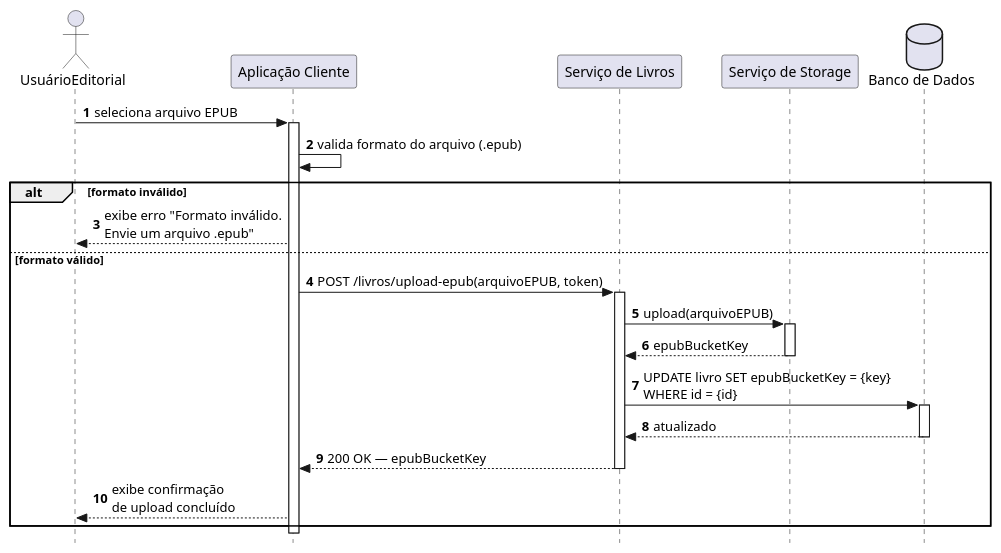
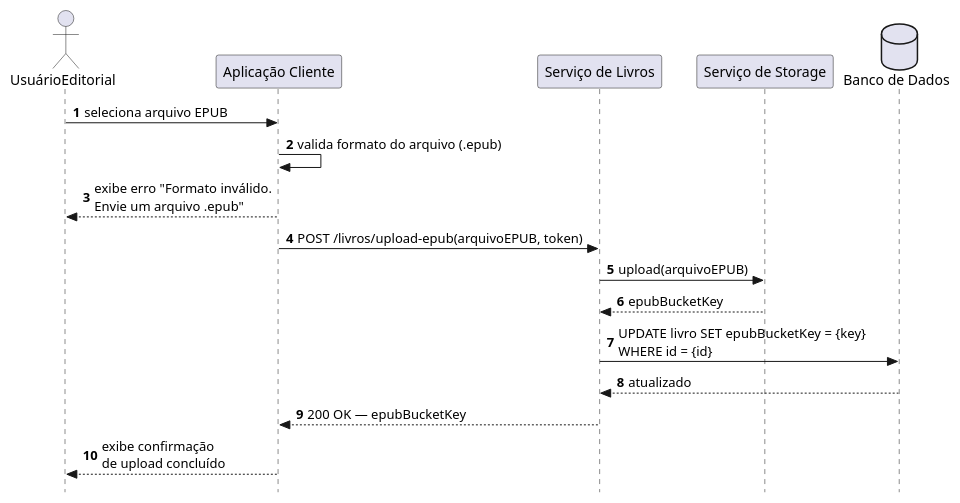
The diagram in docs/codigo-plantuml/diagramas-comunicacao/livros/dc-upload_epub.puml (jalv21/iLib), drawn with PlantUML before and after one commit.

Commit message:
docs/criando diagrama de comunicação para upload de EPUB

```diff
--- a/docs/codigo-plantuml/diagramas-comunicacao/livros/dc-upload_epub.puml
+++ b/docs/codigo-plantuml/diagramas-comunicacao/livros/dc-upload_epub.puml
@@ -1,40 +1,29 @@
-@startuml ds-upload_epub
+@startuml dc-upload_epub
 autonumber
 skinparam style strictuml
 
 actor UsuarioEditorial as "UsuárioEditorial"
 participant Client         as "Aplicação Cliente"
 participant ServiceLivros  as "Serviço de Livros"
 participant StorageService as "Serviço de Storage"
 database    BD             as "Banco de Dados"
 
 UsuarioEditorial -> Client : seleciona arquivo EPUB
-activate Client
 
 Client -> Client : valida formato do arquivo (.epub)
 
-alt formato inválido
-    Client --> UsuarioEditorial : exibe erro "Formato inválido.\nEnvie um arquivo .epub"
-else formato válido
-    Client -> ServiceLivros : POST /livros/upload-epub(arquivoEPUB, token)
-    activate ServiceLivros
+Client --> UsuarioEditorial : exibe erro "Formato inválido.\nEnvie um arquivo .epub"
 
-    ServiceLivros -> StorageService : upload(arquivoEPUB)
-    activate StorageService
-    StorageService --> ServiceLivros : epubBucketKey
-    deactivate StorageService
+Client -> ServiceLivros : POST /livros/upload-epub(arquivoEPUB, token)
 
-    ServiceLivros -> BD : UPDATE livro SET epubBucketKey = {key}\nWHERE id = {id}
-    activate BD
-    BD --> ServiceLivros : atualizado
-    deactivate BD
+ServiceLivros -> StorageService : upload(arquivoEPUB)
+StorageService --> ServiceLivros : epubBucketKey
 
-    ServiceLivros --> Client : 200 OK — epubBucketKey
-    deactivate ServiceLivros
+ServiceLivros -> BD : UPDATE livro SET epubBucketKey = {key}\nWHERE id = {id}
+BD --> ServiceLivros : atualizado
 
-    Client --> UsuarioEditorial : exibe confirmação\nde upload concluído
-end
+ServiceLivros --> Client : 200 OK — epubBucketKey
 
-deactivate Client
+Client --> UsuarioEditorial : exibe confirmação\nde upload concluído
 
 @enduml
```
